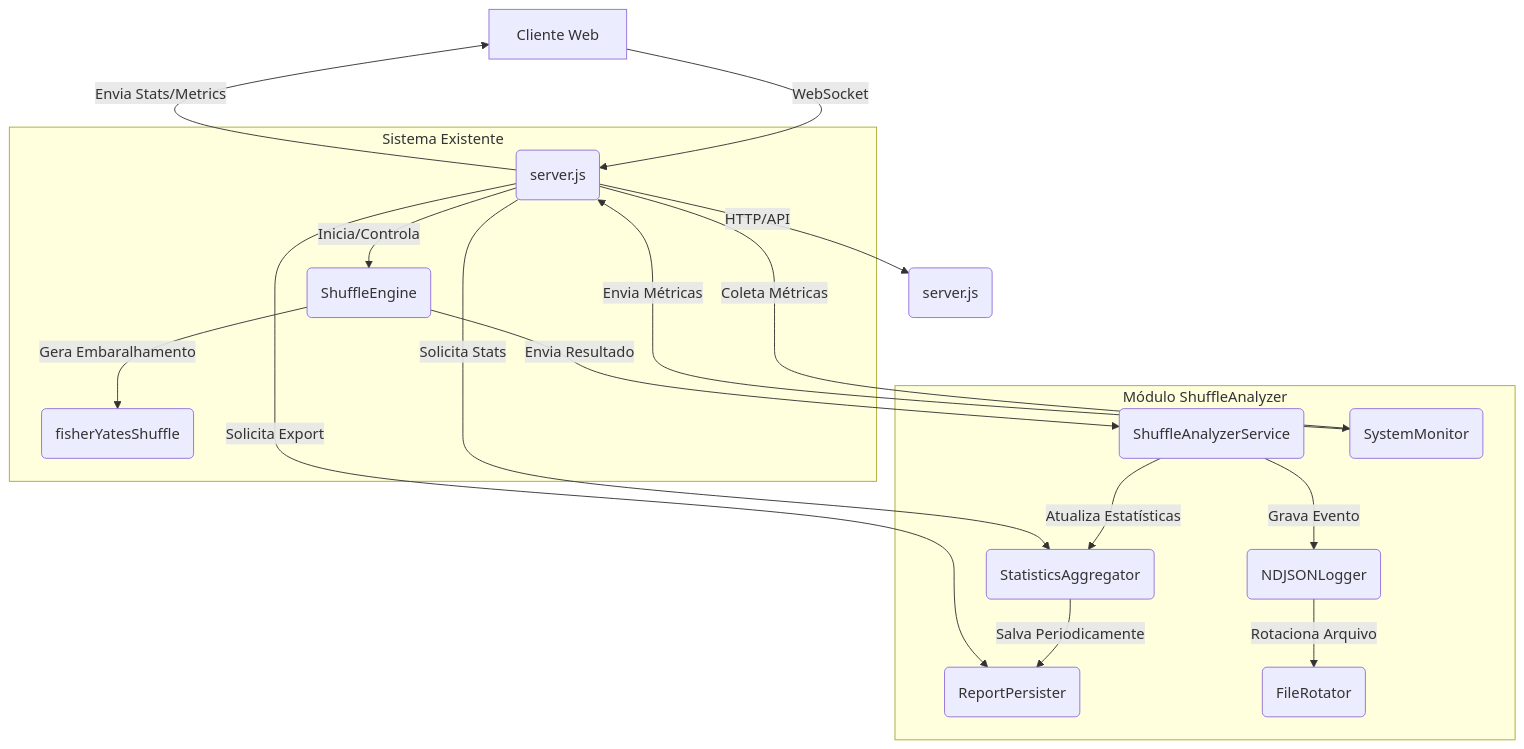
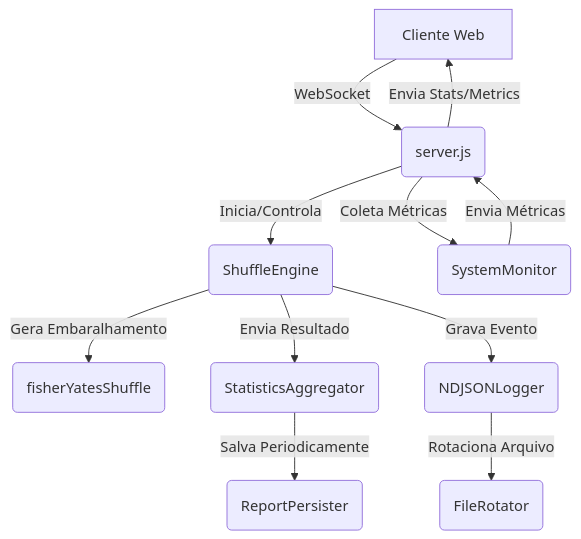
The diagram in docs/ShuffleAnalyzer_Architecture_Analysis.md (Kingnike1/shuffle-lab), drawn with Mermaid before and after one commit. The commit also changed other lines of this file and 4 other files, not shown here.

````diff
--- a/docs/ShuffleAnalyzer_Architecture_Analysis.md
+++ b/docs/ShuffleAnalyzer_Architecture_Analysis.md
@@ -47,32 +25,13 @@
 ```mermaid
 graph TD
     A[Cliente Web] -- WebSocket --> B(server.js)
-    B -- HTTP/API --> C(server.js)
     B -- Inicia/Controla --> D(ShuffleEngine)
     D -- Gera Embaralhamento --> E(fisherYatesShuffle)
-    D -- Envia Resultado --> F(ShuffleAnalyzerService)
-    F -- Atualiza Estatísticas --> G(StatisticsAggregator)
-    F -- Grava Evento --> H(NDJSONLogger)
+    D -- Envia Resultado --> G(StatisticsAggregator)
+    D -- Grava Evento --> H(NDJSONLogger)
     G -- Salva Periodicamente --> I(ReportPersister)
     H -- Rotaciona Arquivo --> J(FileRotator)
-    B -- Solicita Stats --> G
-    B -- Solicita Export --> I
     B -- Coleta Métricas --> K(SystemMonitor)
     K -- Envia Métricas --> B
     B -- Envia Stats/Metrics --> A
-
-    subgraph Módulo ShuffleAnalyzer
-        F
-        G
-        H
-        I
-        J
-        K
-    end
-
-    subgraph Sistema Existente
-        B
-        D
-        E
-    end
 ```
````
